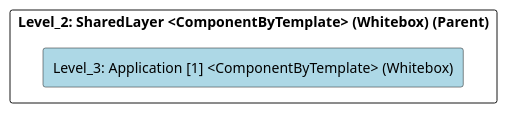
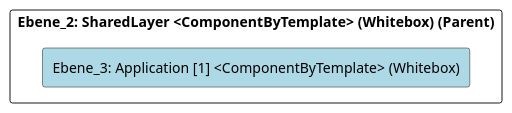
One commit to marcozwyssig/cleon changed the diagram in src/cleon.architecturemethods.arc42.sample/doc/cleon_architecturemethods_arc42_sample_software_microservice/adoc/en/05_building_block_view/microservicesample/sharedlayer/application_1/level_3_application_[1].adoc. Above: the diagram before and after it, drawn with PlantUML. The commit also changed other lines of this file and 214 other files, not shown here.

```diff
--- a/src/cleon.architecturemethods.arc42.sample/doc/cleon_architecturemethods_arc42_sample_software_microservice/adoc/en/05_building_block_view/microservicesample/sharedlayer/application_1/level_3_application_[1].adoc
+++ b/src/cleon.architecturemethods.arc42.sample/doc/cleon_architecturemethods_arc42_sample_software_microservice/adoc/en/05_building_block_view/microservicesample/sharedlayer/application_1/level_3_application_[1].adoc
@@ -20,24 +20,24 @@
-[plantuml, Level_3: Application [1] <ComponentByTemplate> (Whitebox)BlockOverview, format="svg"]
+[plantuml, Ebene_3: Application [1] <ComponentByTemplate> (Whitebox)BlockOverview, format="svg"]
 ----
-@startuml Level_3: Application [1] <ComponentByTemplate> (Whitebox)BuildingBlockOverview
+@startuml Ebene_3: Application [1] <ComponentByTemplate> (Whitebox)BuildingBlockOverview
 
 skinparam ranksep 10
 skinparam componentStyle rectangle
 skinparam shadowing false
 skinparam arrowColor lightblue
 skinparam arrowThickness 1.2
 skinparam rectangle {
   BackgroundColor White
   BorderColor #333
   RoundCorner 10
 }
 top to bottom direction
 
-component "Level_2: SharedLayer <ComponentByTemplate> (Whitebox) (Parent)" {
-    component "Level_3: Application [1] <ComponentByTemplate> (Whitebox)" #lightblue {
+component "Ebene_2: SharedLayer <ComponentByTemplate> (Whitebox) (Parent)" {
+    component "Ebene_3: Application [1] <ComponentByTemplate> (Whitebox)" #lightblue {
     }
 
 }
 
 @enduml
 ----
```
